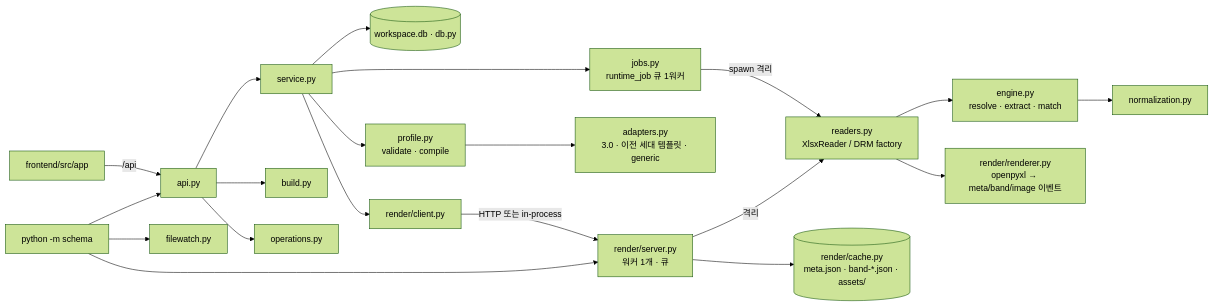
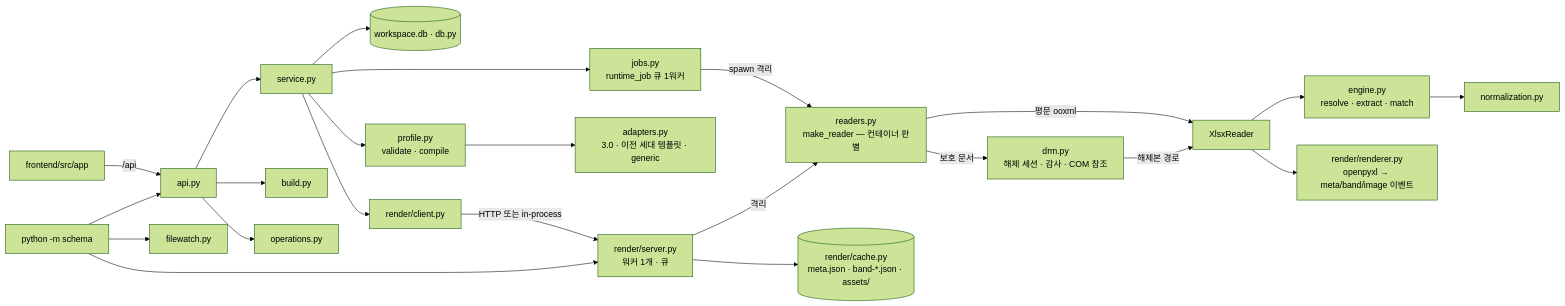
Before and after one commit to ujajuck/data_gathering: the seventh of 12 diagrams in docs/ARCHITECTURE.md, drawn with Mermaid (forest theme). The commit also changed other lines of this file and 103 other files, not shown here.

````diff
--- a/docs/ARCHITECTURE.md
+++ b/docs/ARCHITECTURE.md
@@ -391,22 +393,25 @@
 ```mermaid
 flowchart LR
     UI[frontend/src/app] -->|/api| API[api.py]
     API --> SVC[service.py]
     API --> BUILD[build.py]
     API --> OPS[operations.py]
     SVC --> DB[(workspace.db · db.py)]
     SVC --> JOBS[jobs.py<br/>runtime_job 큐 1워커]
-    JOBS -->|spawn 격리| RD[readers.py<br/>XlsxReader / DRM factory]
-    RD --> ENG[engine.py<br/>resolve · extract · match]
+    JOBS -->|spawn 격리| RD[readers.py<br/>make_reader — 컨테이너 판별]
+    RD -->|평문 ooxml| XLSX[XlsxReader]
+    RD -->|보호 문서| DRM[drm.py<br/>해제 세션 · 감사 · COM 참조]
+    DRM -->|해제본 경로| XLSX
+    XLSX --> ENG[engine.py<br/>resolve · extract · match]
     ENG --> NORM[normalization.py]
     SVC --> PROF[profile.py<br/>validate · compile]
     PROF --> ADP[adapters.py<br/>3.0 · 이전 세대 템플릿 · generic]
     SVC --> RC[render/client.py]
     RC -->|HTTP 또는 in-process| RS[render/server.py<br/>워커 1개 · 큐]
     RS --> RCACHE[(render/cache.py<br/>meta.json · band-*.json · assets/)]
     RS -->|격리| RD
-    RD --> RR[render/renderer.py<br/>openpyxl → meta/band/image 이벤트]
+    XLSX --> RR[render/renderer.py<br/>openpyxl → meta/band/image 이벤트]
     CLI[python -m schema] --> API
     CLI --> RS
     CLI --> WATCH[filewatch.py]
 ```
````
